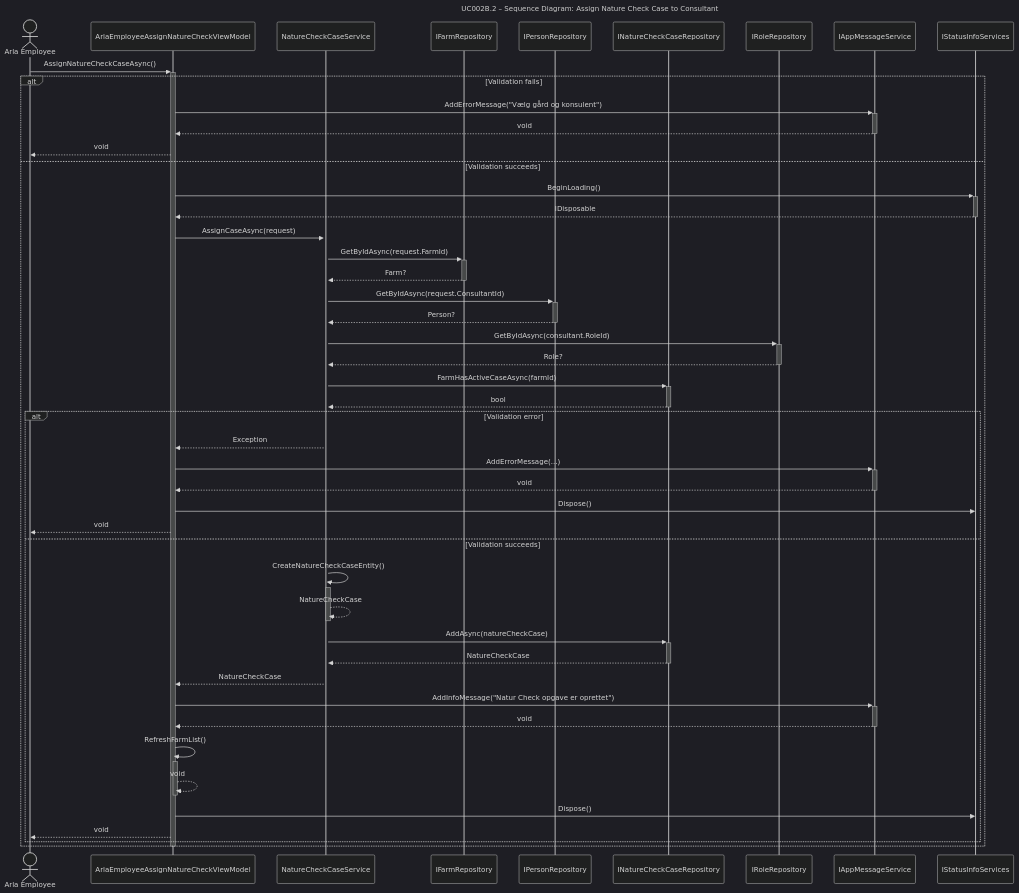
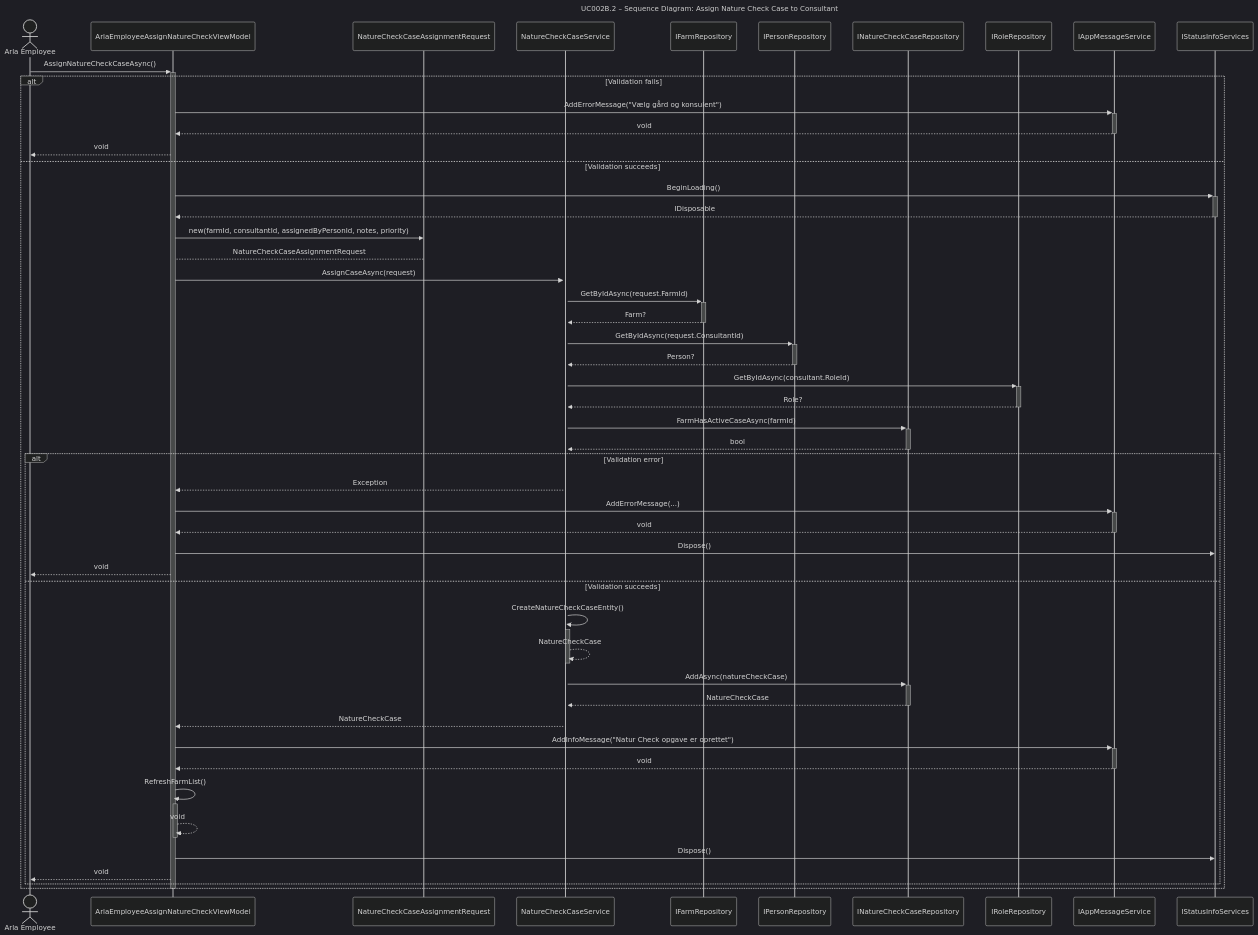
The diagram in docs/UseCase002B-AssignNatureCheckCase/UserStories/UC002B.2-AssignNatureCheckCase/UC002B.2-SD.md (DMOoF25-TEAM11/ArlaNatureConnect), drawn with Mermaid (dark theme) before and after one commit. The commit also changed 19 other files, not shown here.

Commit message:
Updateret Diagrammer

````diff
--- a/docs/UseCase002B-AssignNatureCheckCase/UserStories/UC002B.2-AssignNatureCheckCase/UC002B.2-SD.md
+++ b/docs/UseCase002B-AssignNatureCheckCase/UserStories/UC002B.2-AssignNatureCheckCase/UC002B.2-SD.md
@@ -5,58 +5,61 @@
 ```mermaid
 sequenceDiagram
     title UC002B.2 – Sequence Diagram: Assign Nature Check Case to Consultant
 
     actor ArlaEmployee as Arla Employee
     participant ViewModel as ArlaEmployeeAssignNatureCheckViewModel
+    participant Request as NatureCheckCaseAssignmentRequest
     participant Service as NatureCheckCaseService
     participant FarmRepo as IFarmRepository
     participant PersonRepo as IPersonRepository
     participant CaseRepo as INatureCheckCaseRepository
     participant RoleRepo as IRoleRepository
     participant MsgService as IAppMessageService
     participant StatusService as IStatusInfoServices
 
     ArlaEmployee ->>+ ViewModel: AssignNatureCheckCaseAsync()
     
     alt Validation fails
         ViewModel ->>+ MsgService: AddErrorMessage("Vælg gård og konsulent")
         MsgService -->>- ViewModel: void
         ViewModel -->> ArlaEmployee: void
     else Validation succeeds
         ViewModel ->>+ StatusService: BeginLoading()
         StatusService -->>- ViewModel: IDisposable
+        ViewModel ->> Request: new(farmId, consultantId, assignedByPersonId, notes, priority)
+        Request --> ViewModel: NatureCheckCaseAssignmentRequest
         ViewModel ->>+ Service: AssignCaseAsync(request)
         
         Service ->>+ FarmRepo: GetByIdAsync(request.FarmId)
         FarmRepo -->>- Service: Farm?
         Service ->>+ PersonRepo: GetByIdAsync(request.ConsultantId)
         PersonRepo -->>- Service: Person?
         Service ->>+ RoleRepo: GetByIdAsync(consultant.RoleId)
         RoleRepo -->>- Service: Role?
         Service ->>+ CaseRepo: FarmHasActiveCaseAsync(farmId)
         CaseRepo -->>- Service: bool
         
         alt Validation error
             Service -->> ViewModel: Exception
             ViewModel ->>+ MsgService: AddErrorMessage(...)
             MsgService -->>- ViewModel: void
             ViewModel ->> StatusService: Dispose()
             ViewModel -->> ArlaEmployee: void
         else Validation succeeds
             Service ->>+ Service: CreateNatureCheckCaseEntity()
             Service -->>- Service: NatureCheckCase
             Service ->>+ CaseRepo: AddAsync(natureCheckCase)
             CaseRepo -->>- Service: NatureCheckCase
             
             Service -->> ViewModel: NatureCheckCase
             ViewModel ->>+ MsgService: AddInfoMessage("Natur Check opgave er oprettet")
             MsgService -->>- ViewModel: void
             ViewModel ->>+ ViewModel: RefreshFarmList()
             ViewModel -->>- ViewModel: void
             ViewModel ->> StatusService: Dispose()
             ViewModel -->> ArlaEmployee: void
         end
     end
     
     deactivate ViewModel
 ```
````
